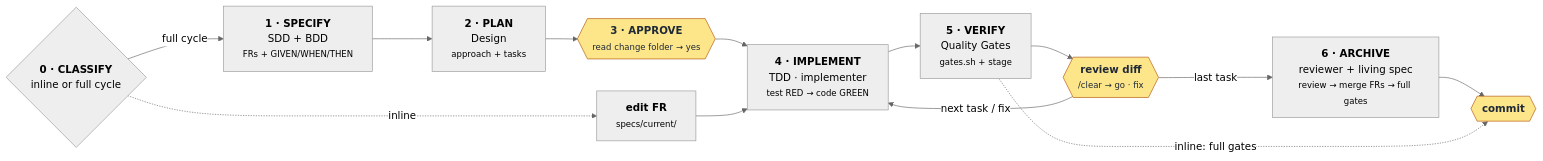
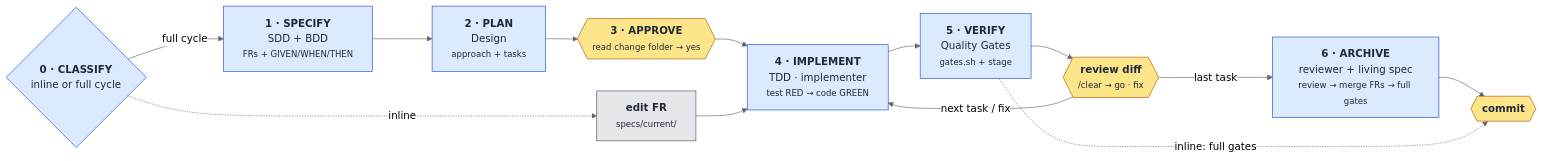
Before and after one commit to stevenhdz/spec-driven-development: the diagram in readme.md, drawn with Mermaid (neutral theme). The commit also changed other lines of this file, not shown here.

Commit message:
docs: add badges, alerts and diagram colors to readme

````diff
--- a/readme.md
+++ b/readme.md
@@ -95,22 +106,26 @@
 ```mermaid
 flowchart LR
     C{"<b>0 · CLASSIFY</b><br/>inline or full cycle"}
     S["<b>1 · SPECIFY</b><br/>SDD + BDD<br/><small>FRs + GIVEN/WHEN/THEN</small>"]
     P["<b>2 · PLAN</b><br/>Design<br/><small>approach + tasks</small>"]
     A{{"<b>3 · APPROVE</b><br/><small>read change folder → yes</small>"}}
     E["<b>edit FR</b><br/><small>specs/current/</small>"]
     I["<b>4 · IMPLEMENT</b><br/>TDD · implementer<br/><small>test RED → code GREEN</small>"]
     V["<b>5 · VERIFY</b><br/>Quality Gates<br/><small>gates.sh + stage</small>"]
     D{{"<b>review diff</b><br/><small>/clear → go · fix</small>"}}
     R["<b>6 · ARCHIVE</b><br/>reviewer + living spec<br/><small>review → merge FRs → full gates</small>"]
     K{{"<b>commit</b>"}}
 
     C -->|full cycle| S --> P --> A --> I --> V --> D
     D -->|next task / fix| I
     D -->|last task| R --> K
     C -. inline .-> E --> I
     V -. inline: full gates .-> K
 
     classDef human fill:#fde68a,stroke:#b45309,color:#1f2937
+    classDef agent fill:#dbeafe,stroke:#1d4ed8,color:#1f2937
+    classDef inline fill:#e5e7eb,stroke:#4b5563,color:#1f2937
     class A,D,K human
+    class C,S,P,I,V,R agent
+    class E inline
 ```
````
